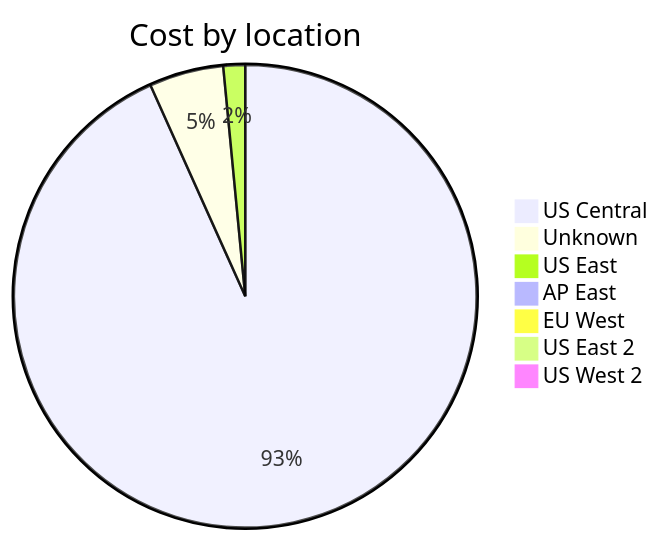
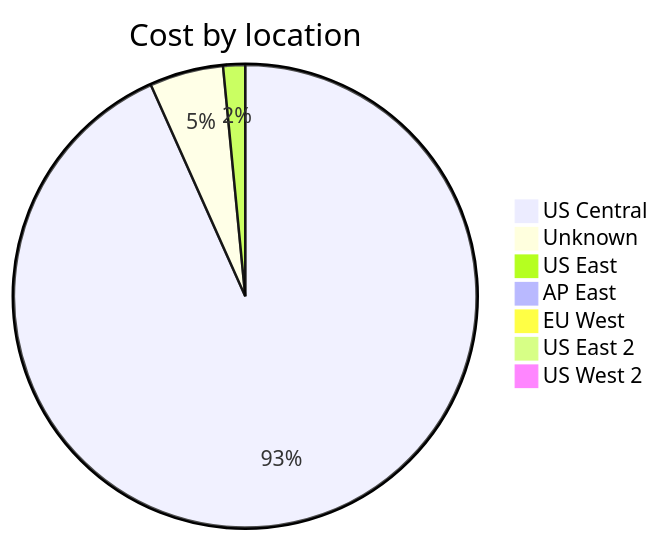
One commit to jpfulton/azure-personal-reports changed the third of 4 diagrams in cost-reports/accumulated-cost.md. Above: the diagram before and after it, drawn with Mermaid. The commit also changed other lines of this file and 4 other files, not shown here.

````diff
--- a/cost-reports/accumulated-cost.md
+++ b/cost-reports/accumulated-cost.md
@@ -123,11 +123,11 @@
 ```mermaid
 pie
    title Cost by location
-   "US Central" : 14.72
-   "Unknown" : 0.82
-   "US East" : 0.24
+   "US Central" : 15.21
+   "Unknown" : 0.84
+   "US East" : 0.25
    "AP East" : 0.00
    "EU West" : 0.00
    "US East 2" : 0.00
    "US West 2" : 0.00
 ```
````
